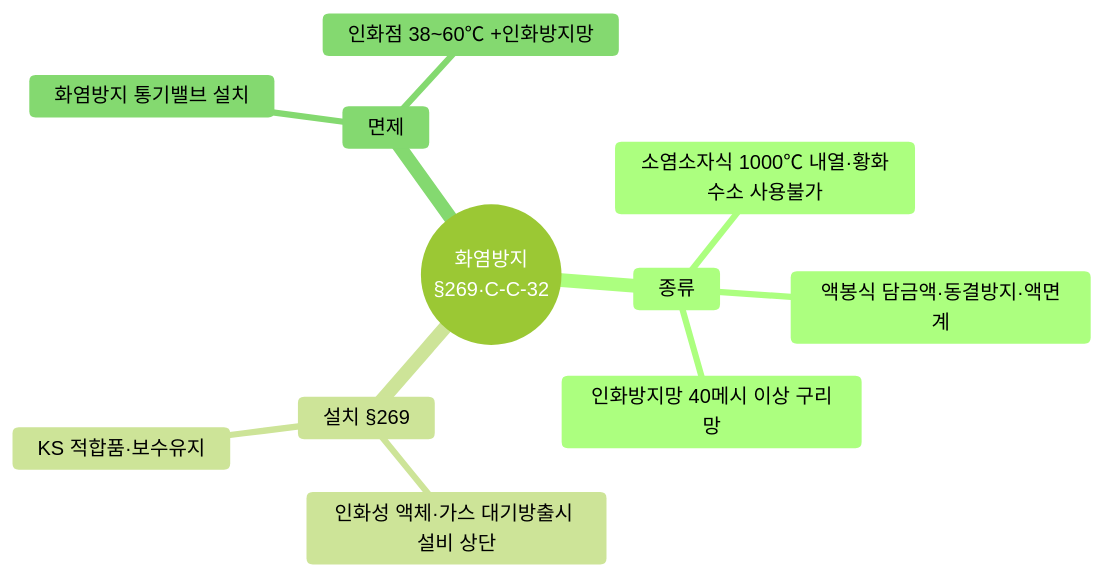
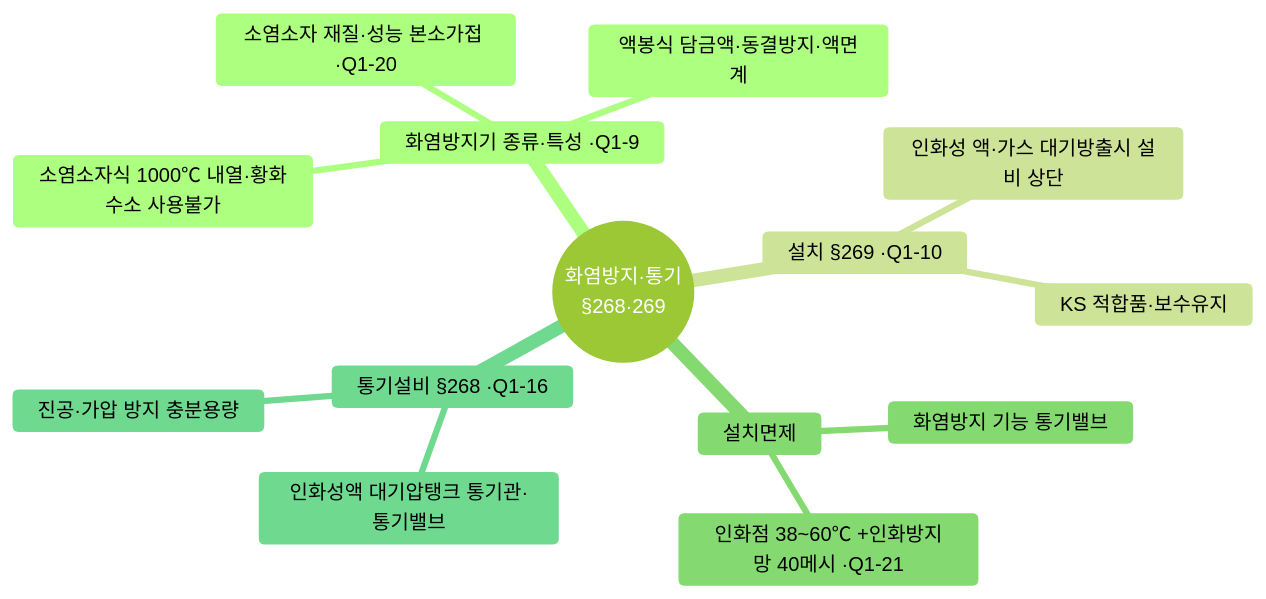
The fifth of 6 diagrams in topics/01_안전장치.md (roy-zz/industrial-safety-viz), drawn with Mermaid (forest theme) before and after one commit. The commit also changed other lines of this file and 1 other file, not shown here.

````diff
--- a/topics/01_안전장치.md
+++ b/topics/01_안전장치.md
@@ -88,14 +79,17 @@
 ```mermaid
 mindmap
-  root((화염방지<br/>§269·C-C-32))
-    종류
+  root((화염방지·통기<br/>§268·269))
+    화염방지기 종류·특성 ·Q1-9
       소염소자식 1000℃ 내열·황화수소 사용불가
+      소염소자 재질·성능 본소가접 ·Q1-20
       액봉식 담금액·동결방지·액면계
-      인화방지망 40메시 이상 구리망
-    설치 §269
-      인화성 액체·가스 대기방출시 설비 상단
+    설치 §269 ·Q1-10
+      인화성 액·가스 대기방출시 설비 상단
       KS 적합품·보수유지
-    면제
-      화염방지 통기밸브 설치
-      인화점 38~60℃ +인화방지망
+    설치면제
+      화염방지 기능 통기밸브
+      인화점 38~60℃ +인화방지망 40메시 ·Q1-21
+    통기설비 §268 ·Q1-16
+      인화성액 대기압탱크 통기관·통기밸브
+      진공·가압 방지 충분용량
 ```
````
